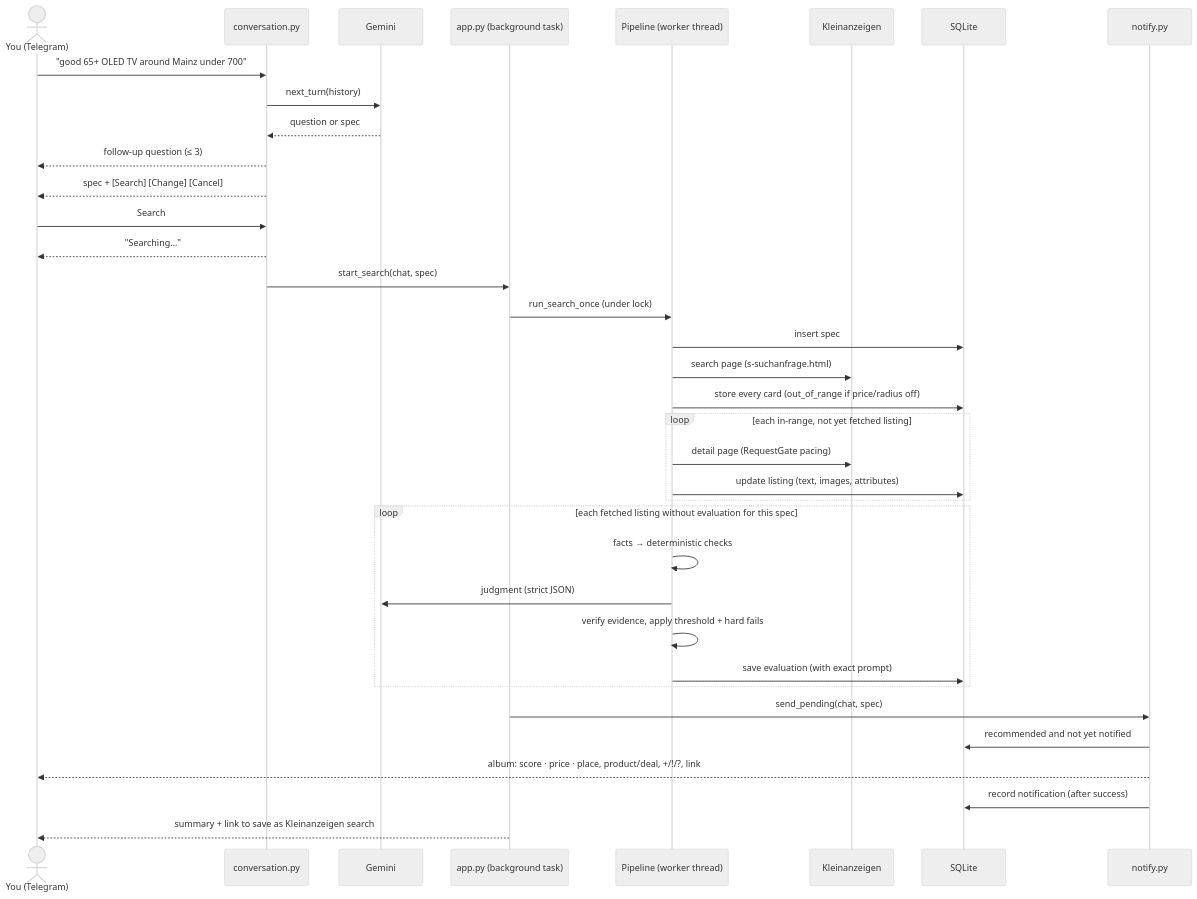
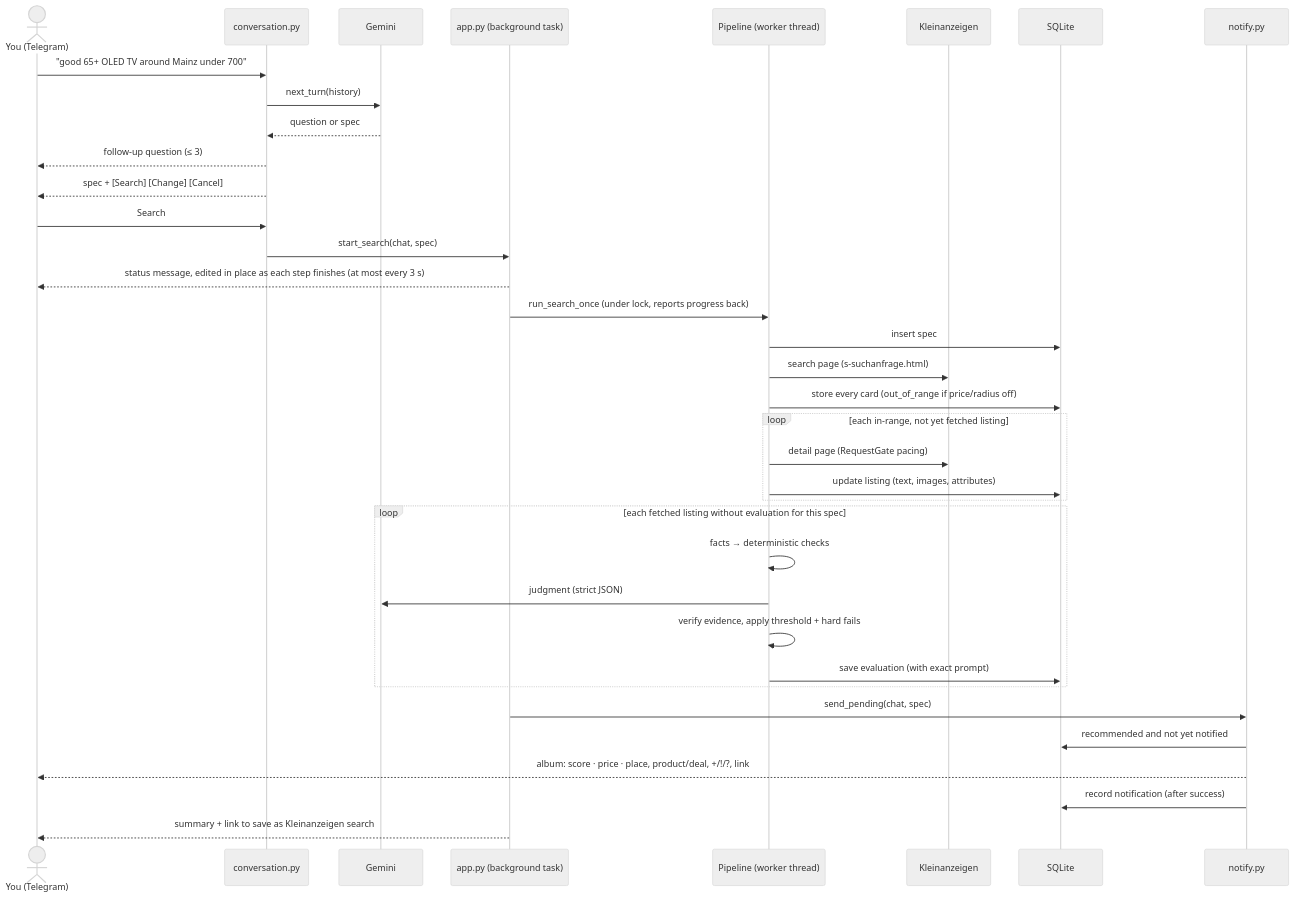
The first of 2 diagrams in docs/diagrams/flows.md (5ayyadi/offer-finder), drawn with Mermaid (neutral theme) before and after one commit. The commit also changed 14 other files, not shown here.

First line of the commit message:
Show a live status message while a search runs

````diff
--- a/docs/diagrams/flows.md
+++ b/docs/diagrams/flows.md
@@ -5,39 +5,39 @@
 ```mermaid
 sequenceDiagram
     actor U as You (Telegram)
     participant C as conversation.py
     participant L as Gemini
     participant A as app.py (background task)
     participant P as Pipeline (worker thread)
     participant K as Kleinanzeigen
     participant D as SQLite
     participant N as notify.py
 
     U->>C: "good 65+ OLED TV around Mainz under 700"
     C->>L: next_turn(history)
     L-->>C: question or spec
     C-->>U: follow-up question (≤ 3)
     C-->>U: spec + [Search] [Change] [Cancel]
     U->>C: Search
-    C-->>U: "Searching…"
     C->>A: start_search(chat, spec)
-    A->>P: run_search_once (under lock)
+    A-->>U: status message, edited in place as each step finishes (at most every 3 s)
+    A->>P: run_search_once (under lock, reports progress back)
     P->>D: insert spec
     P->>K: search page (s-suchanfrage.html)
     P->>D: store every card (out_of_range if price/radius off)
     loop each in-range, not yet fetched listing
         P->>K: detail page (RequestGate pacing)
         P->>D: update listing (text, images, attributes)
     end
     loop each fetched listing without evaluation for this spec
         P->>P: facts → deterministic checks
         P->>L: judgment (strict JSON)
         P->>P: verify evidence, apply threshold + hard fails
         P->>D: save evaluation (with exact prompt)
     end
     A->>N: send_pending(chat, spec)
     N->>D: recommended and not yet notified
     N-->>U: album: score · price · place, product/deal, +/!/?, link
     N->>D: record notification (after success)
     A-->>U: summary + link to save as Kleinanzeigen search
 ```
````
